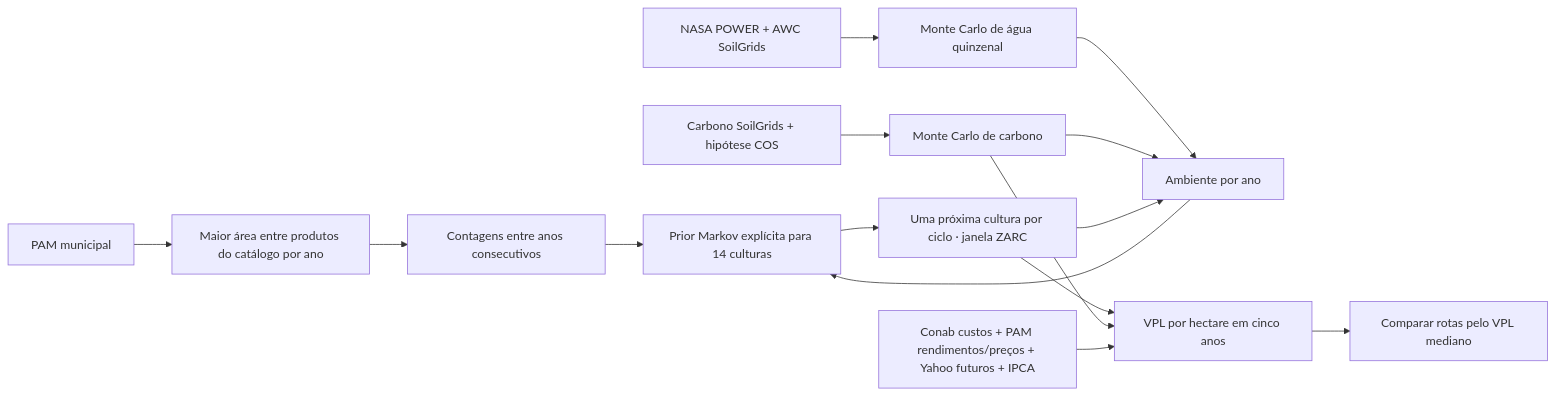
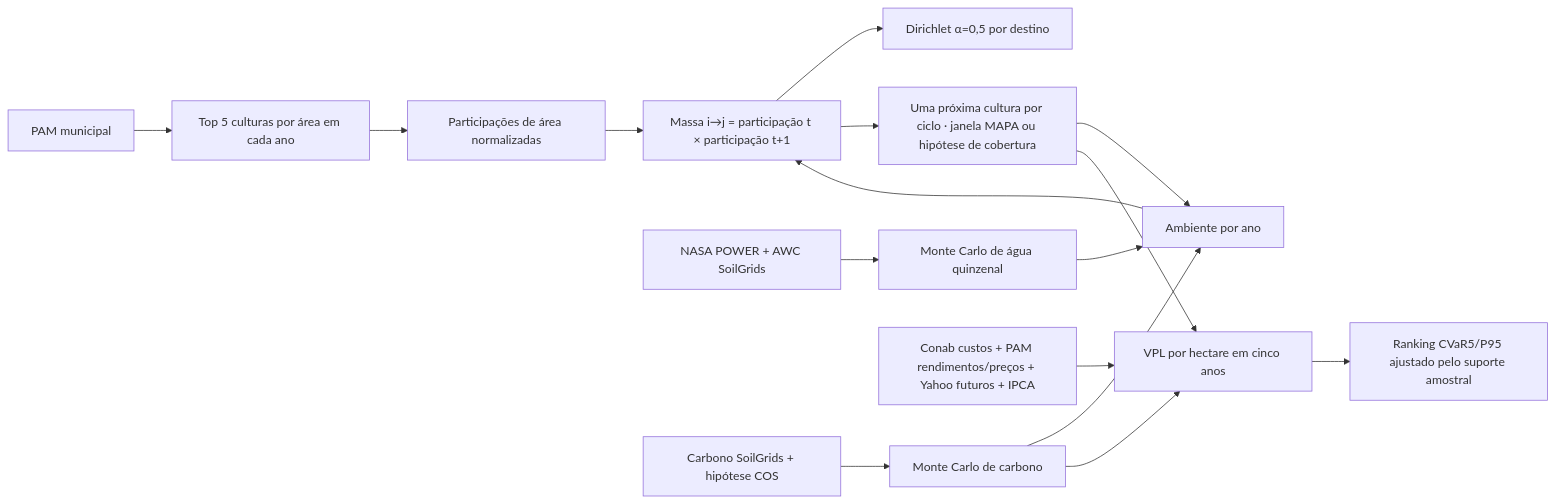
The diagram in README.md (Gabriel-ASM/field-shift), drawn with Mermaid before and after one commit. The commit also changed other lines of this file and 35 other files, not shown here.

````diff
--- a/README.md
+++ b/README.md
@@ -17,17 +17,18 @@
 ```mermaid
 flowchart LR
-    P[PAM municipal] --> D[Maior área entre produtos do catálogo por ano]
-    D --> T[Contagens entre anos consecutivos]
-    T --> M[Prior Markov explícita para 14 culturas]
+    P[PAM municipal] --> D[Top 5 culturas por área em cada ano]
+    D --> T[Participações de área normalizadas]
+    T --> M[Massa i→j = participação t × participação t+1]
+    M --> P0[Dirichlet α=0,5 por destino]
     N[NASA POWER + AWC SoilGrids] --> W[Monte Carlo de água quinzenal]
     S[Carbono SoilGrids + hipótese COS] --> C[Monte Carlo de carbono]
     W --> E[Ambiente por ano]
     C --> E
     E --> M
-    M --> R[Uma próxima cultura por ciclo · janela ZARC]
+    M --> R[Uma próxima cultura por ciclo · janela MAPA ou hipótese de cobertura]
     R --> E
     R --> V[VPL por hectare em cinco anos]
     C --> V
     I[Conab custos + PAM rendimentos/preços + Yahoo futuros + IPCA] --> V
-    V --> O[Comparar rotas pelo VPL mediano]
+    V --> O[Ranking CVaR5/P95 ajustado pelo suporte amostral]
 ```
````
